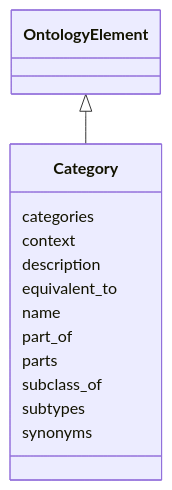
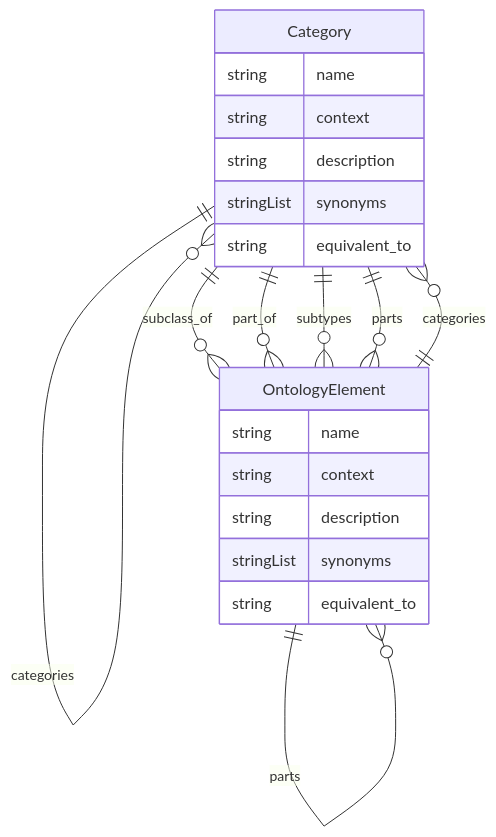
Before and after one commit to monarch-initiative/ontogpt: the diagram in docs/halo/Category.md, drawn with Mermaid. The commit also changed 187 other files, not shown here.

````diff
--- a/docs/halo/Category.md
+++ b/docs/halo/Category.md
@@ -8,17 +8,29 @@
 ```mermaid
- classDiagram
-    class Category
-      OntologyElement <|-- Category
-      
-      Category : categories
-      Category : context
-      Category : description
-      Category : equivalent_to
-      Category : name
-      Category : part_of
-      Category : parts
-      Category : subclass_of
-      Category : subtypes
-      Category : synonyms
-      
+erDiagram
+Category {
+    string name  
+    string context  
+    string description  
+    stringList synonyms  
+    string equivalent_to  
+}
+OntologyElement {
+    string name  
+    string context  
+    string description  
+    stringList synonyms  
+    string equivalent_to  
+}
+
+Category ||--}o Category : "categories"
+Category ||--}o OntologyElement : "subclass_of"
+Category ||--}o OntologyElement : "part_of"
+Category ||--}o OntologyElement : "subtypes"
+Category ||--}o OntologyElement : "parts"
+OntologyElement ||--}o Category : "categories"
+OntologyElement ||--}o OntologyElement : "subclass_of"
+OntologyElement ||--}o OntologyElement : "part_of"
+OntologyElement ||--}o OntologyElement : "subtypes"
+OntologyElement ||--}o OntologyElement : "parts"
+
 ```
````
